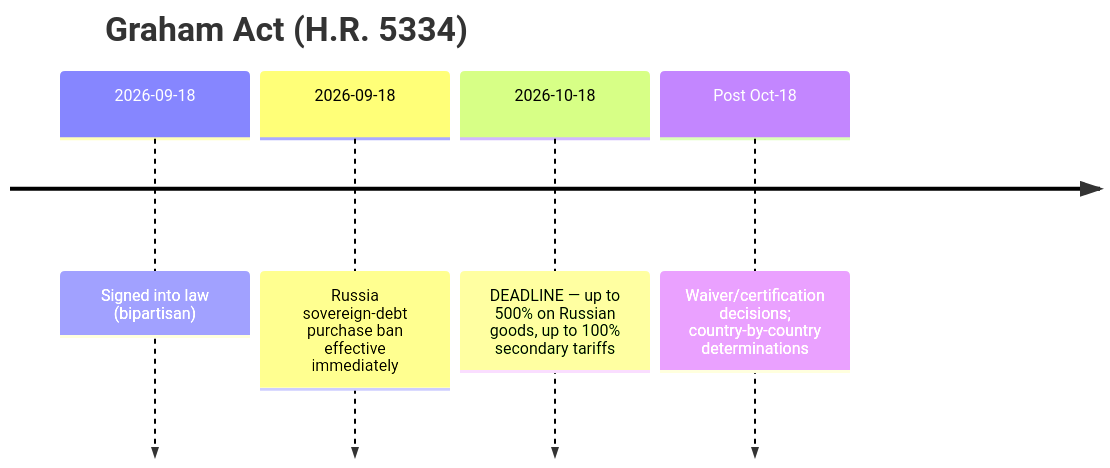
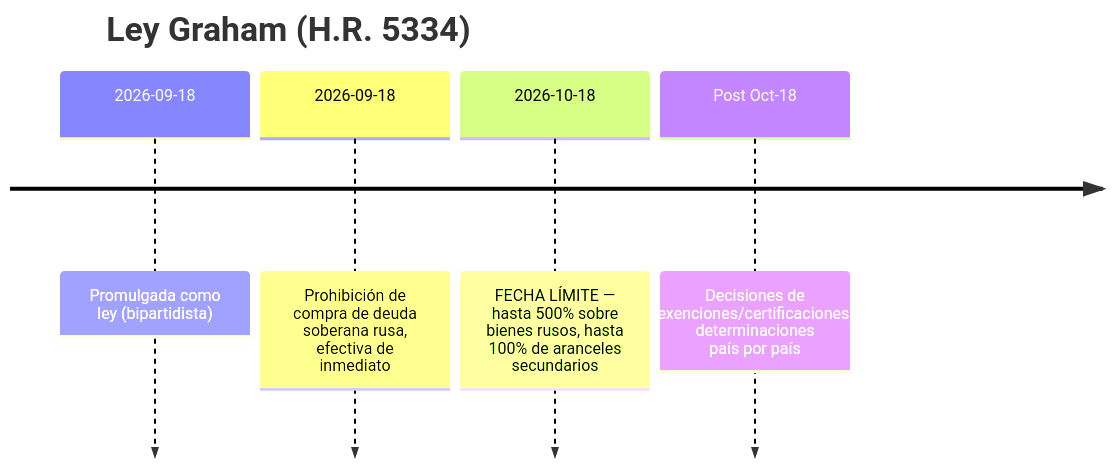
One commit to dureach/research changed the second of 3 diagrams in Global-Trade-Intelligence-weekly-2026-10-05/index.es.md. Above: the diagram before and after it, drawn with Mermaid. The commit also changed other lines of this file and 5 other files, not shown here.

Commit message:
Translate mermaid diagram labels in all 6 languages

````diff
--- a/Global-Trade-Intelligence-weekly-2026-10-05/index.es.md
+++ b/Global-Trade-Intelligence-weekly-2026-10-05/index.es.md
@@ -367,8 +367,8 @@
 ```mermaid
 timeline
-    title Graham Act (H.R. 5334)
-    2026-09-18 : Signed into law (bipartisan)
-    2026-09-18 : Russia sovereign-debt purchase ban effective immediately
-    2026-10-18 : DEADLINE — up to 500% on Russian goods, up to 100% secondary tariffs
-    Post Oct-18 : Waiver/certification decisions; country-by-country determinations
+    title Ley Graham (H.R. 5334)
+    2026-09-18 : Promulgada como ley (bipartidista)
+    2026-09-18 : Prohibición de compra de deuda soberana rusa, efectiva de inmediato
+    2026-10-18 : FECHA LÍMITE — hasta 500% sobre bienes rusos, hasta 100% de aranceles secundarios
+    Post Oct-18 : Decisiones de exenciones/certificaciones; determinaciones país por país
 ```
````
